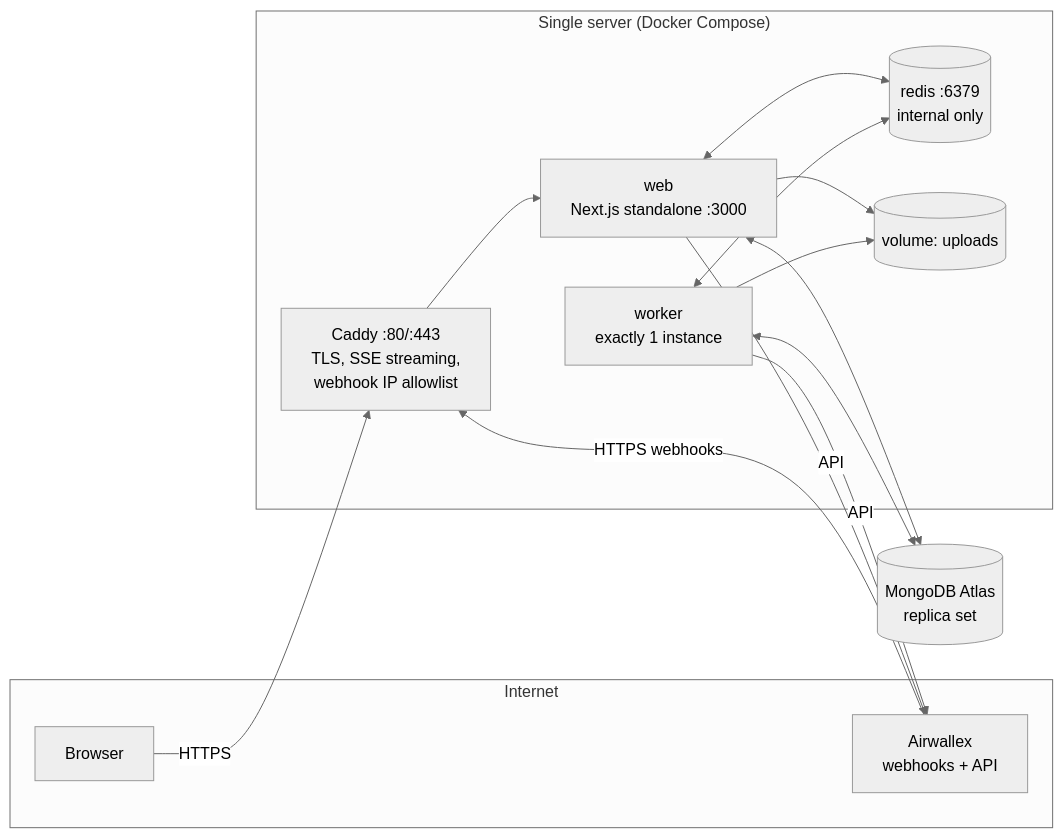
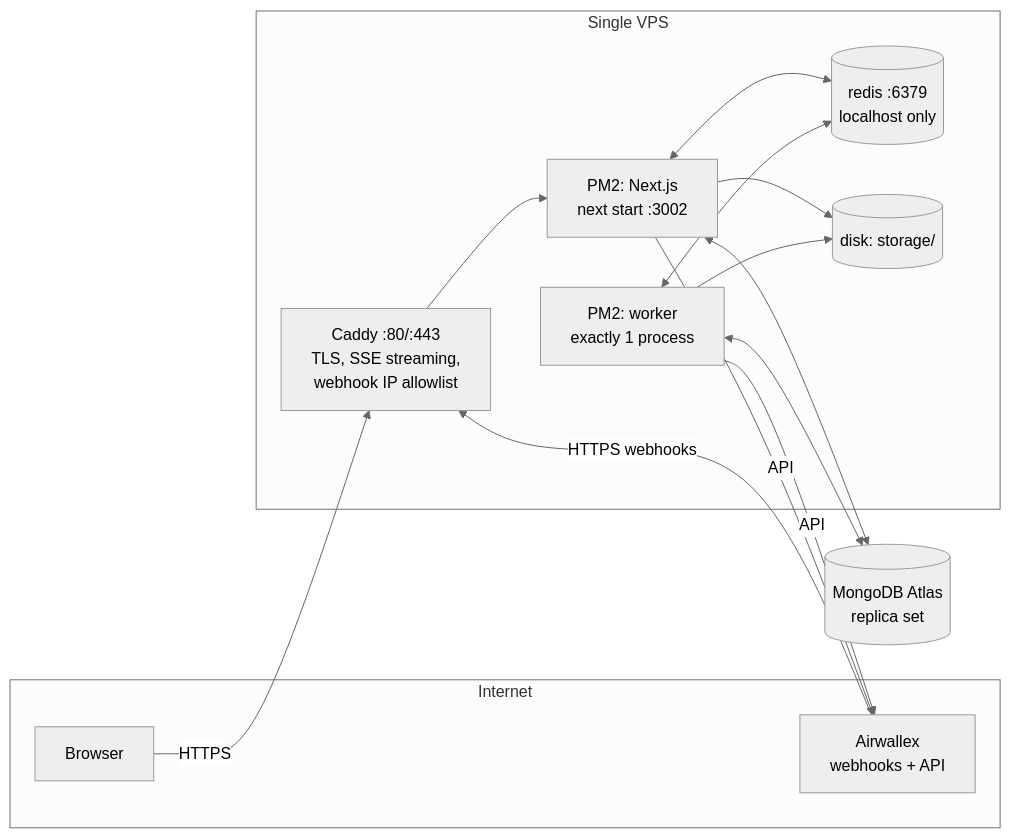
The diagram in docs/10-deployment.md (awx-devx/airwallex-fx-target-payment), drawn with Mermaid (neutral theme) before and after one commit. The commit also changed other lines of this file and 12 other files, not shown here.

First line of the commit message:
chore(deploy): run next start from a full checkout

````diff
--- a/docs/10-deployment.md
+++ b/docs/10-deployment.md
@@ -11,29 +13,29 @@
 ```mermaid
 flowchart LR
   subgraph Internet
     B[Browser]
     AWX[Airwallex<br/>webhooks + API]
   end
 
-  subgraph Server["Single server (Docker Compose)"]
+  subgraph Server["Single VPS"]
     C[Caddy :80/:443<br/>TLS, SSE streaming,<br/>webhook IP allowlist]
-    W[web<br/>Next.js standalone :3000]
-    K[worker<br/>exactly 1 instance]
-    R[(redis :6379<br/>internal only)]
-    U[(volume: uploads)]
+    W[PM2: Next.js<br/>next start :3002]
+    K[PM2: worker<br/>exactly 1 process]
+    R[(redis :6379<br/>localhost only)]
+    U[(disk: storage/)]
   end
 
   M[(MongoDB Atlas<br/>replica set)]
 
   B -- HTTPS --> C
   AWX -- HTTPS webhooks --> C
   C --> W
   W <--> R
   K <--> R
   W <--> M
   K <--> M
   W --> U
   K --> U
   K -- API --> AWX
   W -- API --> AWX
 ```
````
